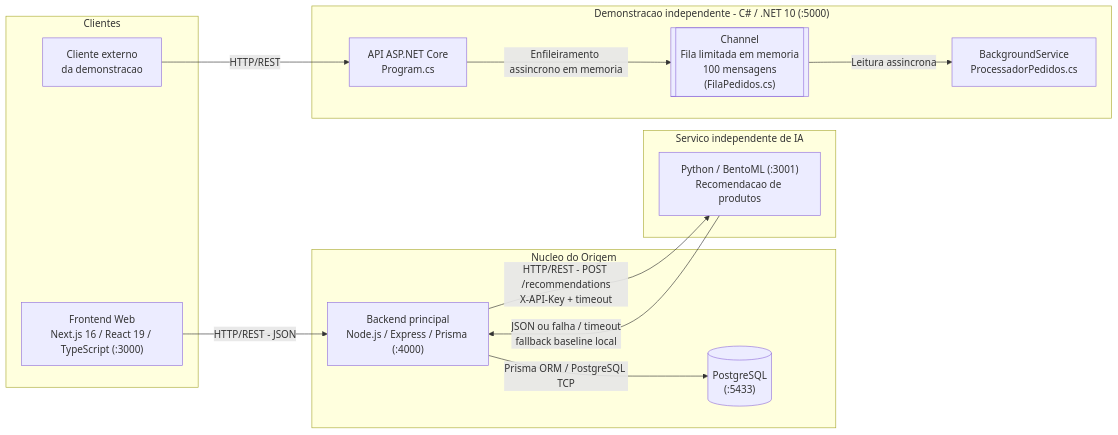
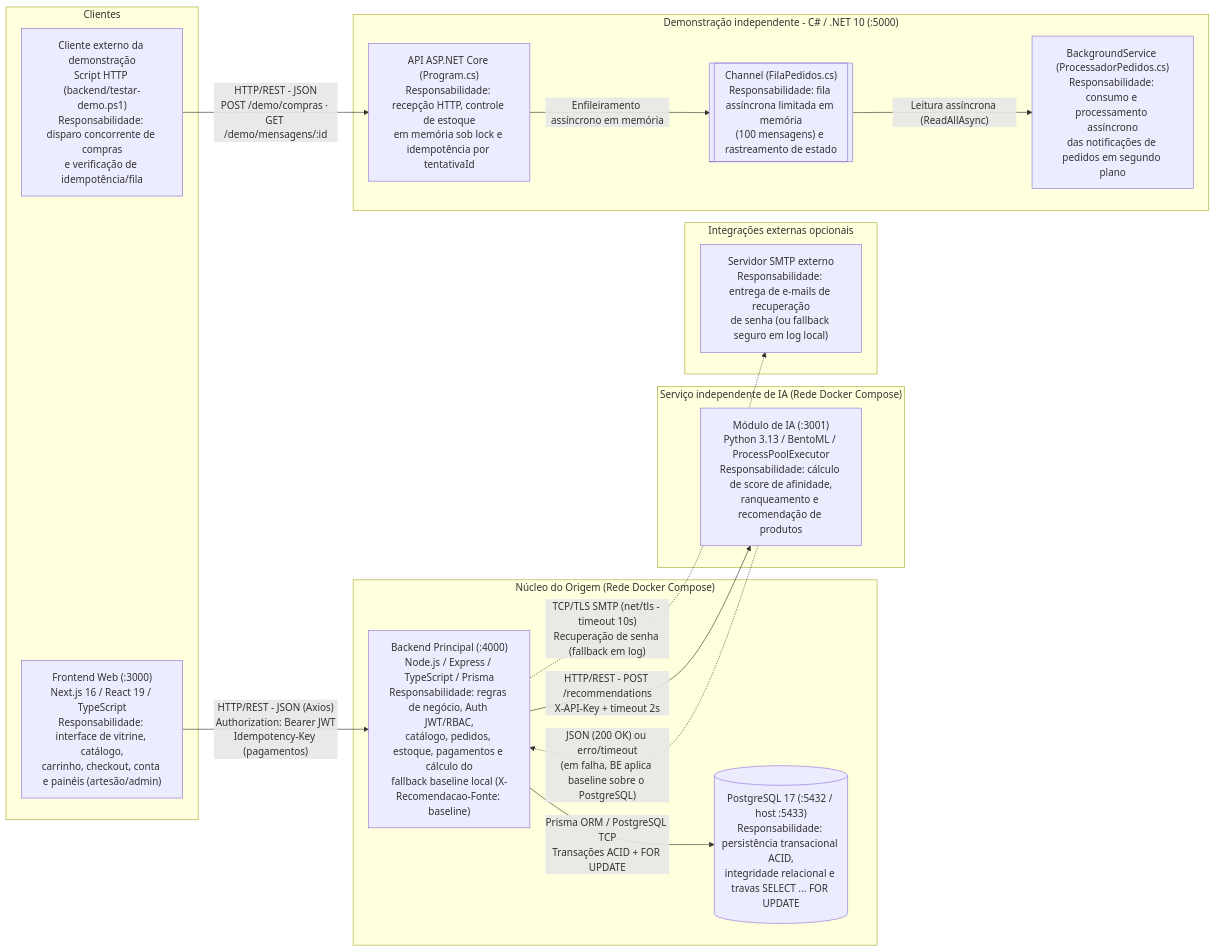
Before and after one commit to Samara020/Projeto-Integrador-Origem: the diagram in docs/arquitetura/diagrama-arquitetura-distribuida.md, drawn with Mermaid. The commit also changed other lines of this file and 5 other files, not shown here.

````diff
--- a/docs/arquitetura/diagrama-arquitetura-distribuida.md
+++ b/docs/arquitetura/diagrama-arquitetura-distribuida.md
@@ -5,31 +5,36 @@
 ```mermaid
 flowchart LR
     subgraph Clientes["Clientes"]
-        FE["Frontend Web<br/>Next.js 16 / React 19 / TypeScript (:3000)"]
-        CLI["Cliente externo<br/>da demonstracao"]
+        FE["Frontend Web (:3000)<br/>Next.js 16 / React 19 / TypeScript<br/>Responsabilidade: interface de vitrine, catálogo,<br/>carrinho, checkout, conta e painéis (artesão/admin)"]
+        CLI["Cliente externo da demonstração<br/>Script HTTP (backend/testar-demo.ps1)<br/>Responsabilidade: disparo concorrente de compras<br/>e verificação de idempotência/fila"]
     end
 
-    subgraph Origem["Nucleo do Origem"]
-        BE["Backend principal<br/>Node.js / Express / Prisma (:4000)"]
-        DB[("PostgreSQL<br/>(:5433)")]
+    subgraph Origem["Núcleo do Origem (Rede Docker Compose)"]
+        BE["Backend Principal (:4000)<br/>Node.js / Express / TypeScript / Prisma<br/>Responsabilidade: regras de negócio, Auth JWT/RBAC,<br/>catálogo, pedidos, estoque, pagamentos e cálculo do<br/>fallback baseline local (X-Recomendacao-Fonte: baseline)"]
+        DB[("PostgreSQL 17 (:5432 / host :5433)<br/>Responsabilidade: persistência transacional ACID,<br/>integridade relacional e travas SELECT ... FOR UPDATE")]
     end
 
-    subgraph IA["Servico independente de IA"]
-        AI["Python / BentoML (:3001)<br/>Recomendacao de produtos"]
+    subgraph IA["Serviço independente de IA (Rede Docker Compose)"]
+        AI["Módulo de IA (:3001)<br/>Python 3.13 / BentoML / ProcessPoolExecutor<br/>Responsabilidade: cálculo de score de afinidade,<br/>ranqueamento e recomendação de produtos"]
     end
 
-    subgraph Concorrencia["Demonstracao independente - C# / .NET 10 (:5000)"]
-        API["API ASP.NET Core<br/>Program.cs"]
-        Fila[["Channel<br/>Fila limitada em memoria<br/>100 mensagens<br/>(FilaPedidos.cs)"]]
-        Worker["BackgroundService<br/>ProcessadorPedidos.cs"]
+    subgraph Externos["Integrações externas opcionais"]
+        SMTP["Servidor SMTP externo<br/>Responsabilidade: entrega de e-mails de recuperação<br/>de senha (ou fallback seguro em log local)"]
     end
 
-    FE -->|"HTTP/REST - JSON"| BE
-    BE -->|"Prisma ORM / PostgreSQL TCP"| DB
-    BE -->|"HTTP/REST - POST /recommendations<br/>X-API-Key + timeout"| AI
-    AI -->|"JSON ou falha / timeout<br/>fallback baseline local"| BE
+    subgraph Concorrencia["Demonstração independente - C# / .NET 10 (:5000)"]
+        API["API ASP.NET Core (Program.cs)<br/>Responsabilidade: recepção HTTP, controle de estoque<br/>em memória sob lock e idempotência por tentativaId"]
+        Fila[["Channel (FilaPedidos.cs)<br/>Responsabilidade: fila assíncrona limitada em memória<br/>(100 mensagens) e rastreamento de estado"]]
+        Worker["BackgroundService (ProcessadorPedidos.cs)<br/>Responsabilidade: consumo e processamento assíncrono<br/>das notificações de pedidos em segundo plano"]
+    end
 
-    CLI -->|"HTTP/REST"| API
-    API -->|"Enfileiramento assincrono em memoria"| Fila
-    Fila -->|"Leitura assincrona"| Worker
+    FE -->|"HTTP/REST - JSON (Axios)<br/>Authorization: Bearer JWT<br/>Idempotency-Key (pagamentos)"| BE
+    BE -->|"Prisma ORM / PostgreSQL TCP<br/>Transações ACID + FOR UPDATE"| DB
+    BE -->|"HTTP/REST - POST /recommendations<br/>X-API-Key + timeout 2s"| AI
+    AI -.->|"JSON (200 OK) ou erro/timeout<br/>(em falha, BE aplica baseline sobre o PostgreSQL)"| BE
+    BE -.->|"TCP/TLS SMTP (net/tls - timeout 10s)<br/>Recuperação de senha (fallback em log)"| SMTP
+
+    CLI -->|"HTTP/REST - JSON<br/>POST /demo/compras · GET /demo/mensagens/:id"| API
+    API -->|"Enfileiramento assíncrono em memória"| Fila
+    Fila -->|"Leitura assíncrona (ReadAllAsync)"| Worker
 ```
````
